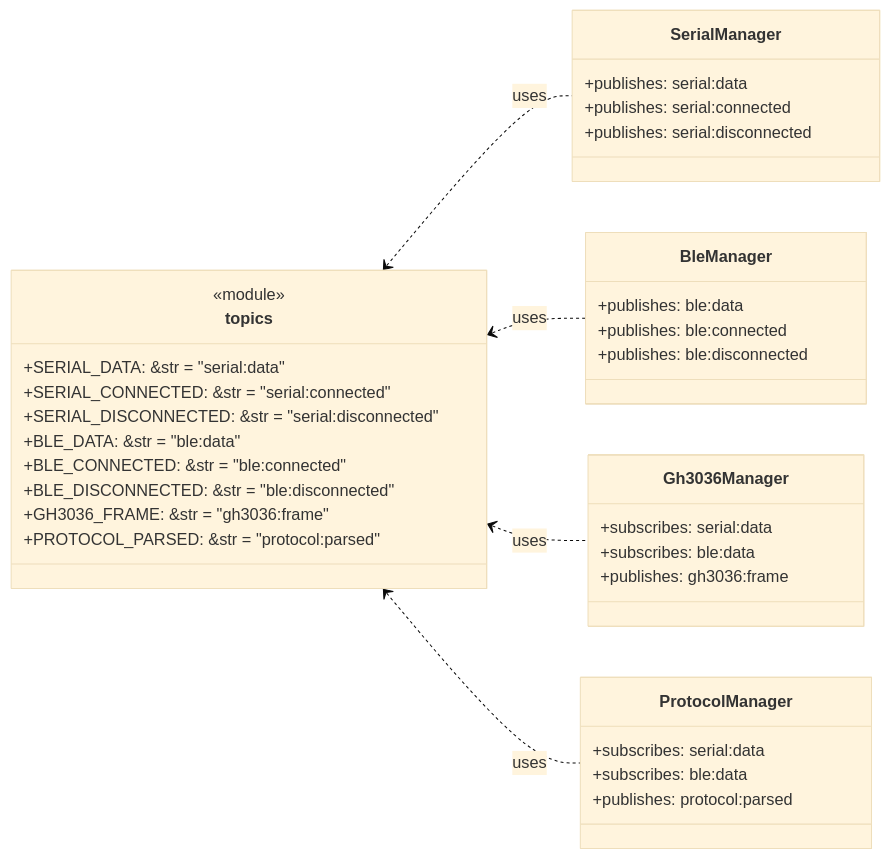
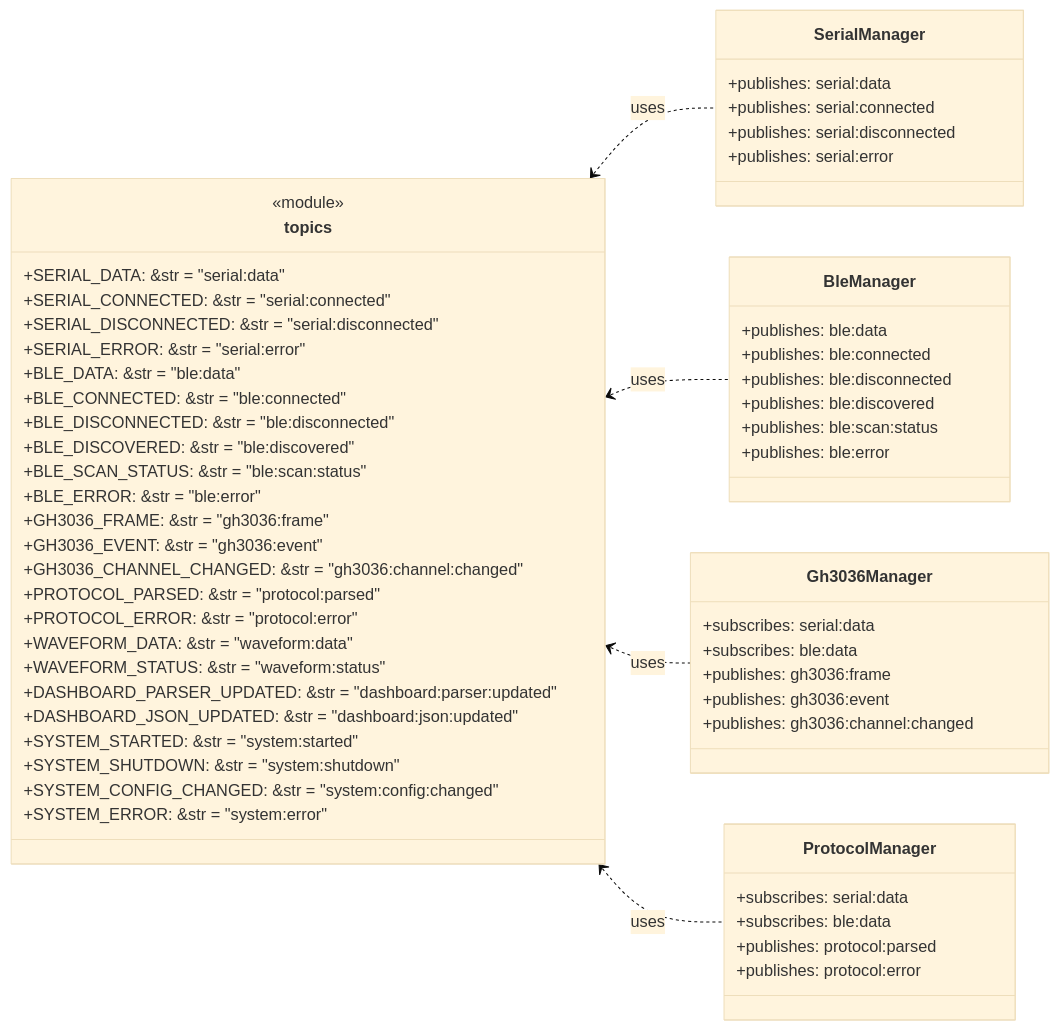
One commit to XiaoPb/combridge changed the fourth of 8 diagrams in docs/event-bus-architecture.md. Above: the diagram before and after it, drawn with Mermaid (base theme). The commit also changed other lines of this file and 1 other file, not shown here.

````diff
--- a/docs/event-bus-architecture.md
+++ b/docs/event-bus-architecture.md
@@ -304,45 +304,67 @@
 ```mermaid
 classDiagram
     direction LR
 
     class topics {
         <<module>>
         +SERIAL_DATA: &str = "serial:data"
         +SERIAL_CONNECTED: &str = "serial:connected"
         +SERIAL_DISCONNECTED: &str = "serial:disconnected"
+        +SERIAL_ERROR: &str = "serial:error"
         +BLE_DATA: &str = "ble:data"
         +BLE_CONNECTED: &str = "ble:connected"
         +BLE_DISCONNECTED: &str = "ble:disconnected"
+        +BLE_DISCOVERED: &str = "ble:discovered"
+        +BLE_SCAN_STATUS: &str = "ble:scan:status"
+        +BLE_ERROR: &str = "ble:error"
         +GH3036_FRAME: &str = "gh3036:frame"
+        +GH3036_EVENT: &str = "gh3036:event"
+        +GH3036_CHANNEL_CHANGED: &str = "gh3036:channel:changed"
         +PROTOCOL_PARSED: &str = "protocol:parsed"
+        +PROTOCOL_ERROR: &str = "protocol:error"
+        +WAVEFORM_DATA: &str = "waveform:data"
+        +WAVEFORM_STATUS: &str = "waveform:status"
+        +DASHBOARD_PARSER_UPDATED: &str = "dashboard:parser:updated"
+        +DASHBOARD_JSON_UPDATED: &str = "dashboard:json:updated"
+        +SYSTEM_STARTED: &str = "system:started"
+        +SYSTEM_SHUTDOWN: &str = "system:shutdown"
+        +SYSTEM_CONFIG_CHANGED: &str = "system:config:changed"
+        +SYSTEM_ERROR: &str = "system:error"
     }
 
     class SerialManager {
         +publishes: serial:data
         +publishes: serial:connected
         +publishes: serial:disconnected
+        +publishes: serial:error
     }
 
     class BleManager {
         +publishes: ble:data
         +publishes: ble:connected
         +publishes: ble:disconnected
+        +publishes: ble:discovered
+        +publishes: ble:scan:status
+        +publishes: ble:error
     }
 
     class Gh3036Manager {
         +subscribes: serial:data
         +subscribes: ble:data
         +publishes: gh3036:frame
+        +publishes: gh3036:event
+        +publishes: gh3036:channel:changed
     }
 
     class ProtocolManager {
         +subscribes: serial:data
         +subscribes: ble:data
         +publishes: protocol:parsed
+        +publishes: protocol:error
     }
 
     topics <.. SerialManager : uses
     topics <.. BleManager : uses
     topics <.. Gh3036Manager : uses
     topics <.. ProtocolManager : uses
 ```
````
